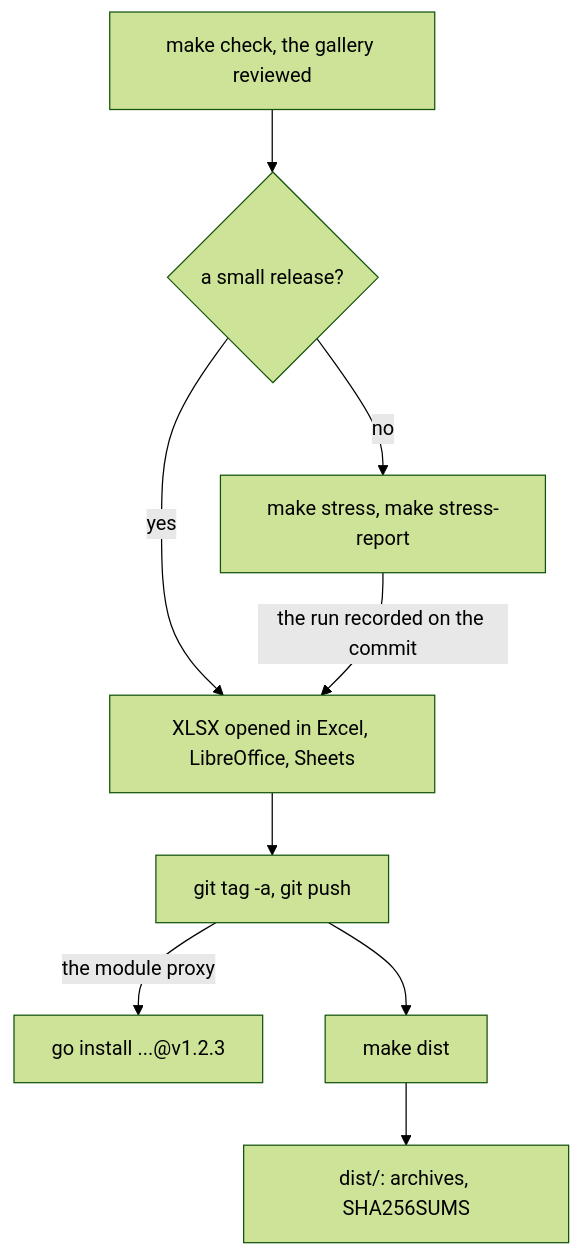
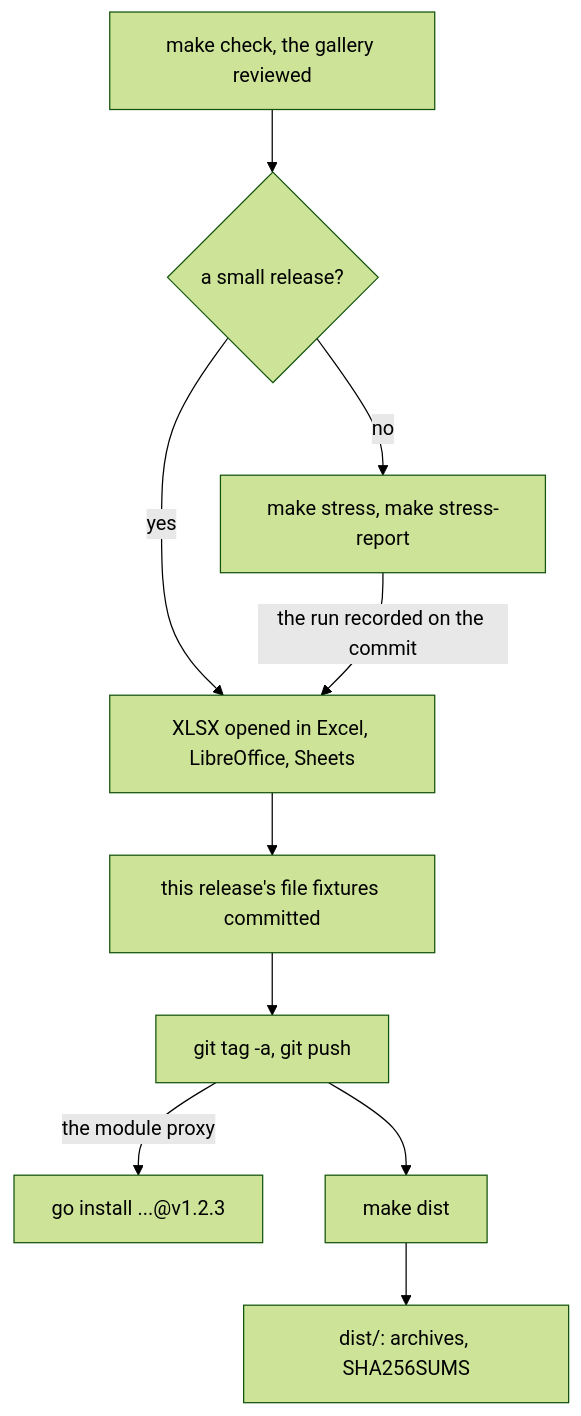
The diagram in docs/contributing/releasing.md (FelineStateMachine/012), drawn with Mermaid (forest theme) before and after one commit. The commit also changed other lines of this file and 12 other files, not shown here.

First line of the commit message:
File fixtures: workbooks each release saved open and save back byte for byte

````diff
--- a/docs/contributing/releasing.md
+++ b/docs/contributing/releasing.md
@@ -18,11 +18,12 @@
 ```mermaid
 flowchart TD
   check[make check, the gallery reviewed] --> small{a small release?}
   small -->|no| stress[make stress, make stress-report]
   small -->|yes| xlsx
   stress -->|the run recorded on the commit| xlsx[XLSX opened in Excel, LibreOffice, Sheets]
-  xlsx --> tag[git tag -a, git push]
+  xlsx --> fixtures[this release's file fixtures committed]
+  fixtures --> tag[git tag -a, git push]
   tag -->|the module proxy| install[go install ...@v1.2.3]
   tag --> dist[make dist]
   dist --> archives[dist/: archives, SHA256SUMS]
 ```
````
